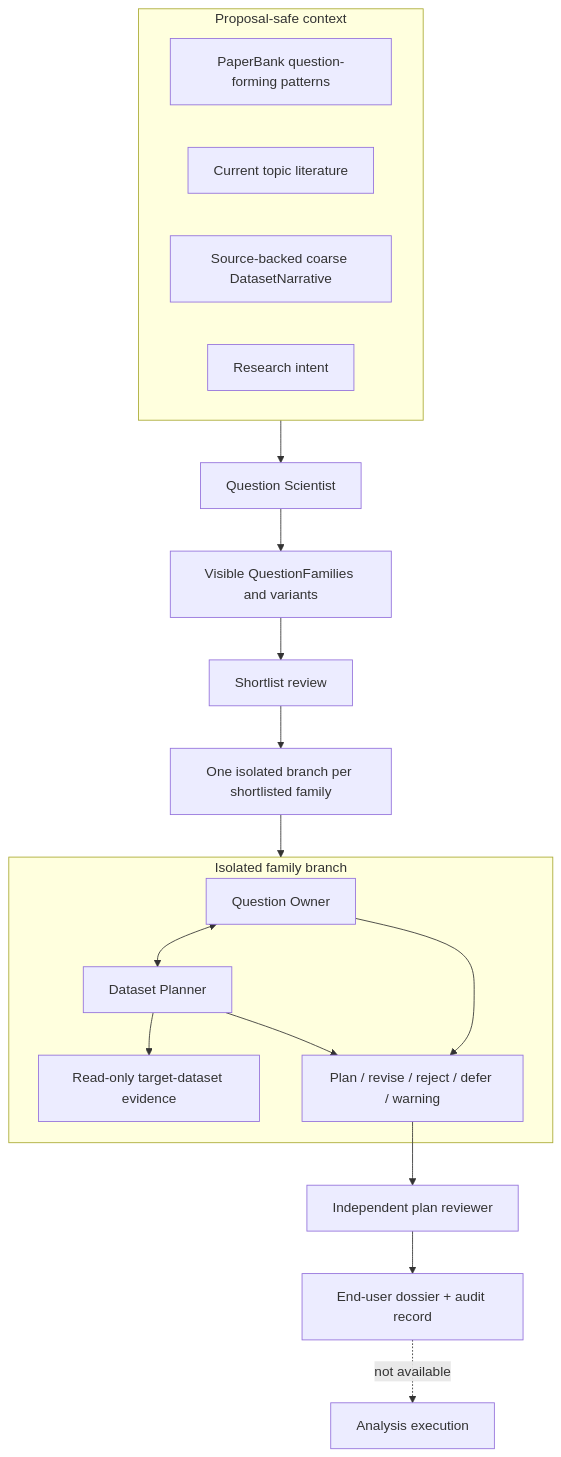
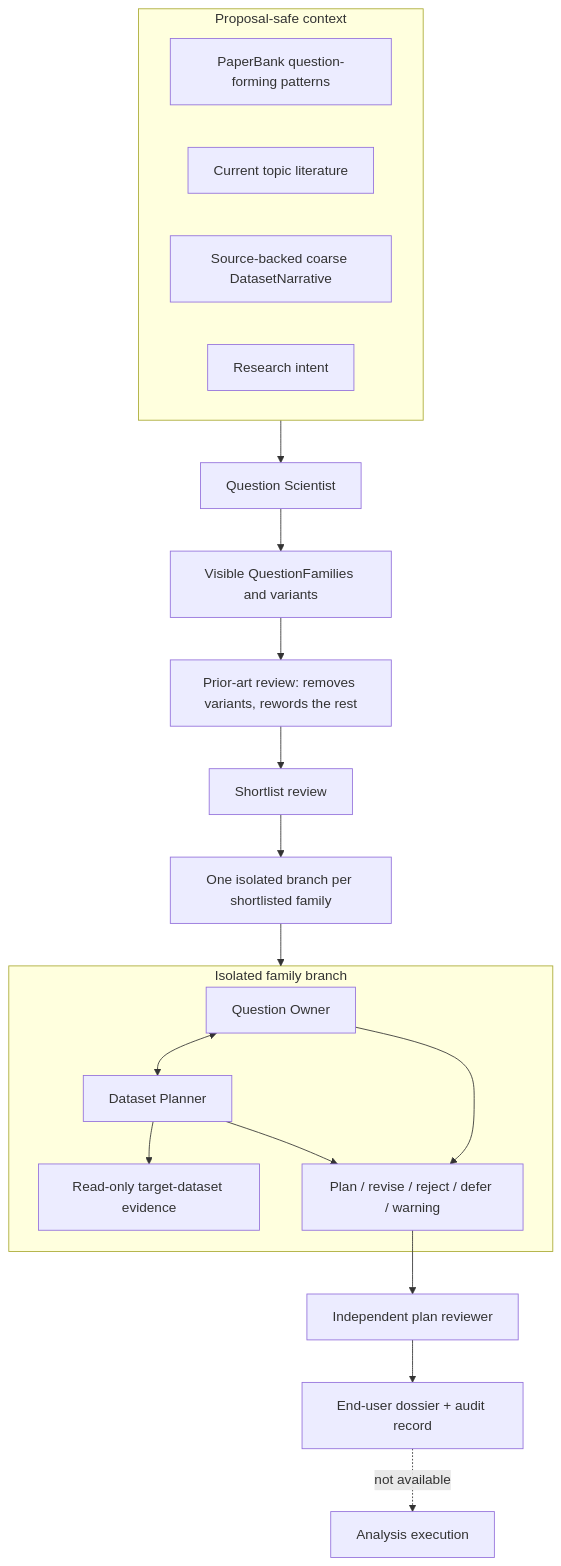
One commit to BeibaiDraco/maieusis changed the diagram in docs/ARCHITECTURE.md. Above: the diagram before and after it, drawn with Mermaid. The commit also changed other lines of this file and 333 other files, not shown here.

````diff
--- a/docs/ARCHITECTURE.md
+++ b/docs/ARCHITECTURE.md
@@ -11,23 +11,24 @@
 ```mermaid
 flowchart TB
     subgraph Proposal["Proposal-safe context"]
       PB["PaperBank question-forming patterns"]
       TL["Current topic literature"]
       DN["Source-backed coarse DatasetNarrative"]
       RI["Research intent"]
     end
     Proposal --> QS["Question Scientist"]
     QS --> VF["Visible QuestionFamilies and variants"]
-    VF --> S["Shortlist review"]
+    VF --> NA["Prior-art review: removes variants, rewords the rest"]
+    NA --> S["Shortlist review"]
     S --> B["One isolated branch per shortlisted family"]
     subgraph Branch["Isolated family branch"]
       O["Question Owner"] <--> P["Dataset Planner"]
       P --> E["Read-only target-dataset evidence"]
       O --> C["Plan / revise / reject / defer / warning"]
       P --> C
     end
     B --> Branch
     C --> IR["Independent plan reviewer"]
     IR --> D["End-user dossier + audit record"]
     D -. "not available" .-> X["Analysis execution"]
 ```
````
